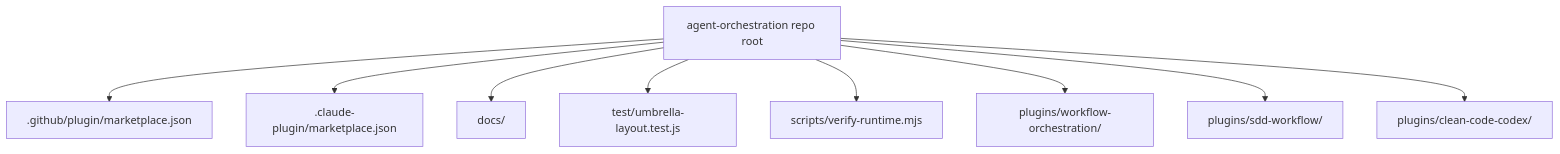
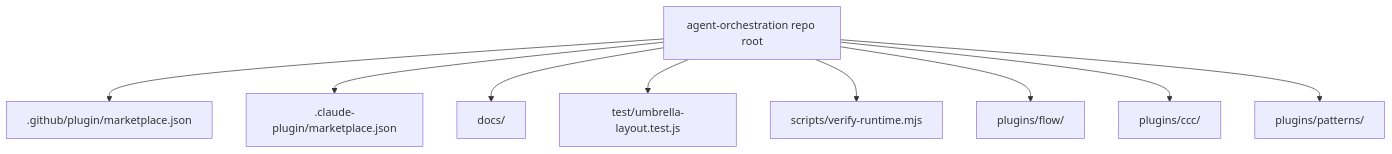
One commit to mikecubed/agent-orchestration changed the diagram in docs/marketplace-overview.md. Above: the diagram before and after it, drawn with Mermaid. The commit also changed other lines of this file and 222 other files, not shown here.

First line of the commit message:
feat!: v3.0 — shorten plugin names, merge SDD, add patterns plugin (#39)

````diff
--- a/docs/marketplace-overview.md
+++ b/docs/marketplace-overview.md
@@ -7,21 +7,21 @@
 ```mermaid
 flowchart TD
     ROOT[agent-orchestration repo root]
     GH[.github/plugin/marketplace.json]
     CC[.claude-plugin/marketplace.json]
     DOCS[docs/]
     TESTS[test/umbrella-layout.test.js]
     RUNTIME[scripts/verify-runtime.mjs]
-    WO[plugins/workflow-orchestration/]
-    SDD[plugins/sdd-workflow/]
-    CODEX[plugins/clean-code-codex/]
+    FLOW[plugins/flow/]
+    CCC[plugins/ccc/]
+    PAT[plugins/patterns/]
 
     ROOT --> GH
     ROOT --> CC
     ROOT --> DOCS
     ROOT --> TESTS
     ROOT --> RUNTIME
-    ROOT --> WO
-    ROOT --> SDD
-    ROOT --> CODEX
+    ROOT --> FLOW
+    ROOT --> CCC
+    ROOT --> PAT
 ```
````
